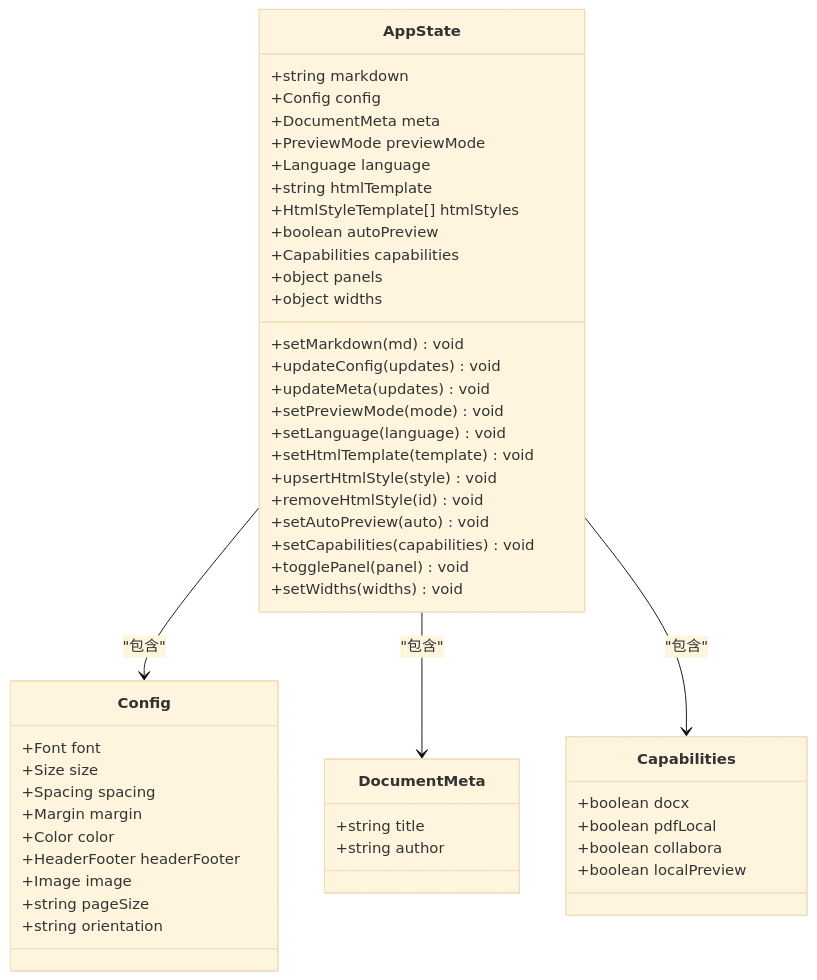
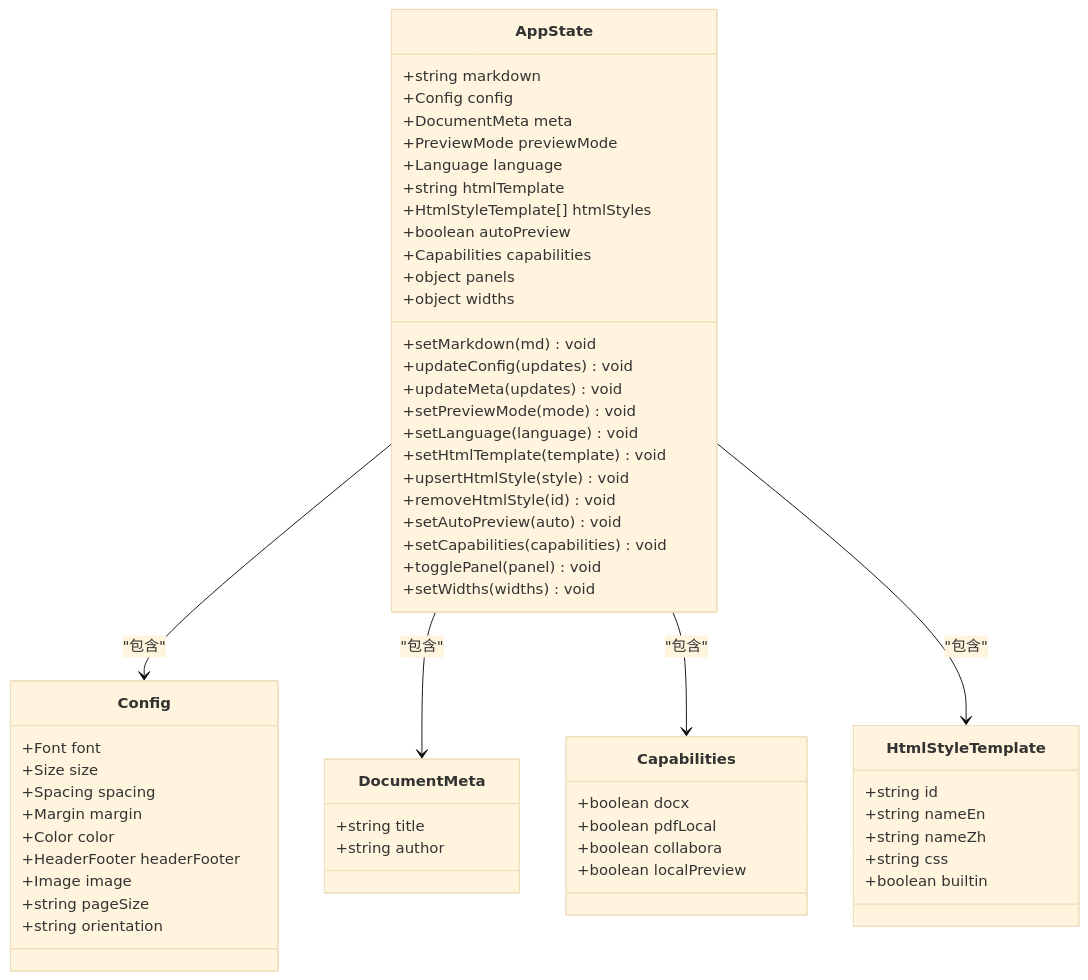
Before and after one commit to wanwushelie/markdown-to-word-studio: the second of 10 diagrams in .lingma/repowiki/zh/content/用户指南/前端界面现代化/前端状态管理增强.md, drawn with Mermaid (base theme). The commit also changed other lines of this file and 82 other files, not shown here.

````diff
--- a/.lingma/repowiki/zh/content/用户指南/前端界面现代化/前端状态管理增强.md
+++ b/.lingma/repowiki/zh/content/用户指南/前端界面现代化/前端状态管理增强.md
@@ -75,52 +85,60 @@
 ```mermaid
 classDiagram
 class AppState {
 +string markdown
 +Config config
 +DocumentMeta meta
 +PreviewMode previewMode
 +Language language
 +string htmlTemplate
 +HtmlStyleTemplate[] htmlStyles
 +boolean autoPreview
 +Capabilities capabilities
 +object panels
 +object widths
 +setMarkdown(md) void
 +updateConfig(updates) void
 +updateMeta(updates) void
 +setPreviewMode(mode) void
 +setLanguage(language) void
 +setHtmlTemplate(template) void
 +upsertHtmlStyle(style) void
 +removeHtmlStyle(id) void
 +setAutoPreview(auto) void
 +setCapabilities(capabilities) void
 +togglePanel(panel) void
 +setWidths(widths) void
 }
 class Config {
 +Font font
 +Size size
 +Spacing spacing
 +Margin margin
 +Color color
 +HeaderFooter headerFooter
 +Image image
 +string pageSize
 +string orientation
 }
 class DocumentMeta {
 +string title
 +string author
 }
 class Capabilities {
 +boolean docx
 +boolean pdfLocal
 +boolean collabora
 +boolean localPreview
 }
+class HtmlStyleTemplate {
++string id
++string nameEn
++string nameZh
++string css
++boolean builtin
+}
 AppState --> Config : "包含"
 AppState --> DocumentMeta : "包含"
 AppState --> Capabilities : "包含"
+AppState --> HtmlStyleTemplate : "包含"
 ```
````
